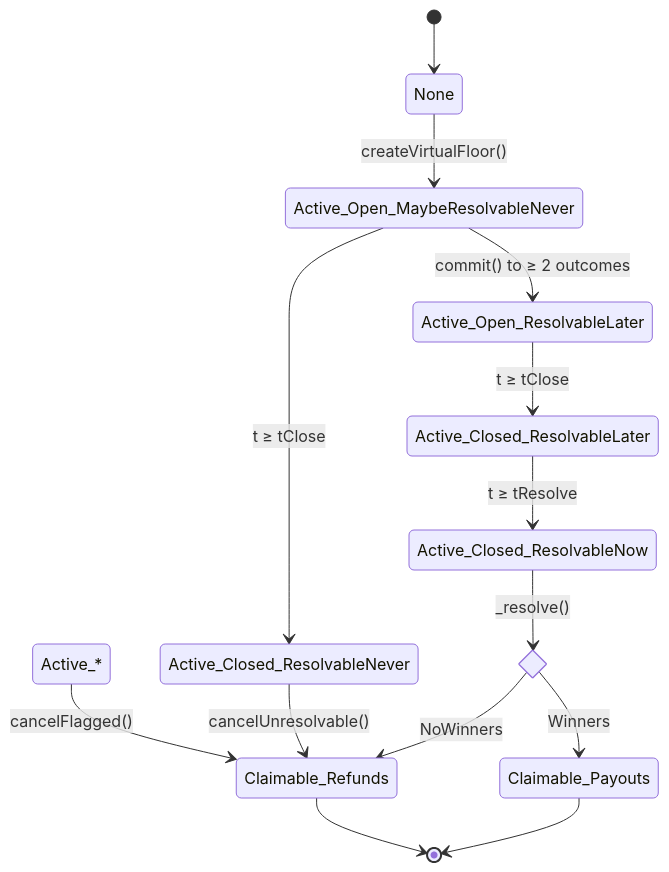
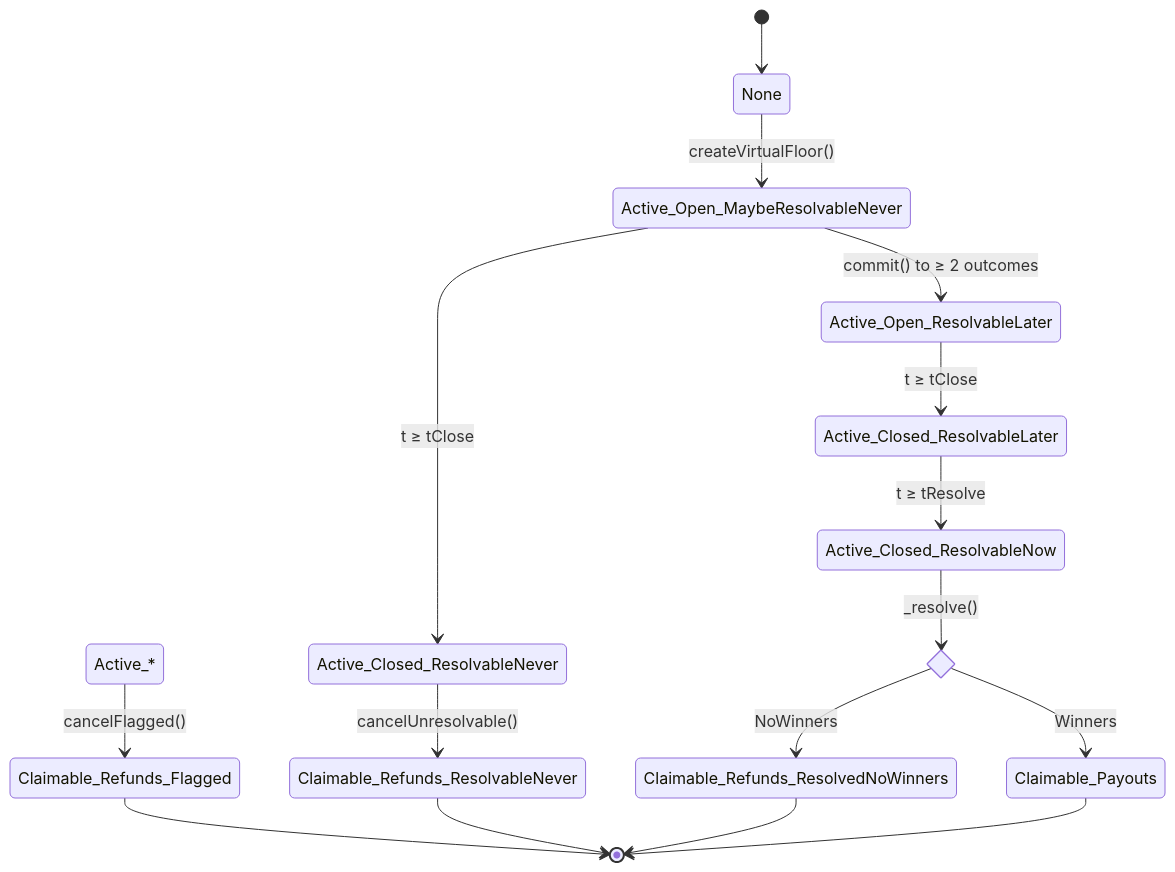
One commit to 0xsaxit/doubledice changed the first of 2 diagrams in platform/docs/STATE.md. Above: the diagram before and after it, drawn with Mermaid. The commit also changed other lines of this file and 9 other files, not shown here.

Commit message:
Re-split Claimable_Refunds_* states to fix error introduced by merging Cancelled_* states in 1da5c563

````diff
--- a/platform/docs/STATE.md
+++ b/platform/docs/STATE.md
@@ -36,27 +5,27 @@
 ```mermaid
 stateDiagram-v2
     state resolutionType <<choice>>
     [*] --> None
 
     None --> Active_Open_MaybeResolvableNever: createVirtualFloor()
 
-    Active_* --> Claimable_Refunds: cancelFlagged()
+    Active_* --> Claimable_Refunds_Flagged: cancelFlagged()
 
     Active_Open_MaybeResolvableNever --> Active_Open_ResolvableLater: commit() to ≥ 2 outcomes
 
     Active_Open_MaybeResolvableNever --> Active_Closed_ResolvableNever: t ≥ tClose
     Active_Open_ResolvableLater --> Active_Closed_ResolvableLater: t ≥ tClose
 
 
-    Active_Closed_ResolvableNever --> Claimable_Refunds: cancelUnresolvable()
+    Active_Closed_ResolvableNever --> Claimable_Refunds_ResolvableNever: cancelUnresolvable()
     Active_Closed_ResolvableLater --> Active_Closed_ResolvableNow: t ≥ tResolve
 
-
-
     Active_Closed_ResolvableNow --> resolutionType: _resolve()
-    resolutionType --> Claimable_Refunds: NoWinners
+    resolutionType --> Claimable_Refunds_ResolvedNoWinners: NoWinners
     resolutionType --> Claimable_Payouts: Winners
 
-    Claimable_Refunds --> [*]
+    Claimable_Refunds_Flagged --> [*]
+    Claimable_Refunds_ResolvableNever --> [*]
+    Claimable_Refunds_ResolvedNoWinners --> [*]
     Claimable_Payouts --> [*]
 ```
````
